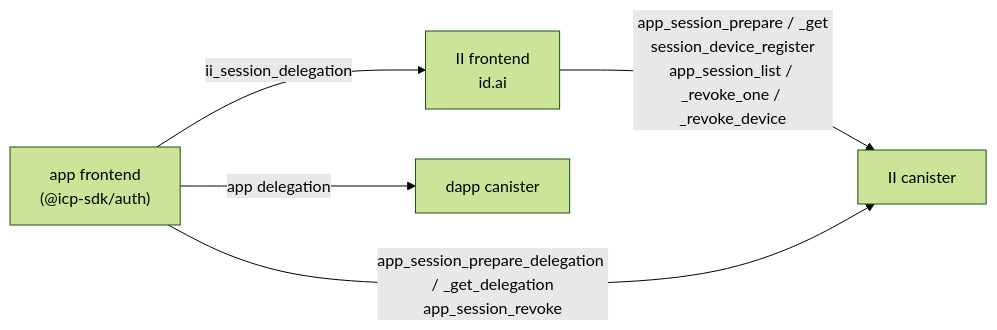
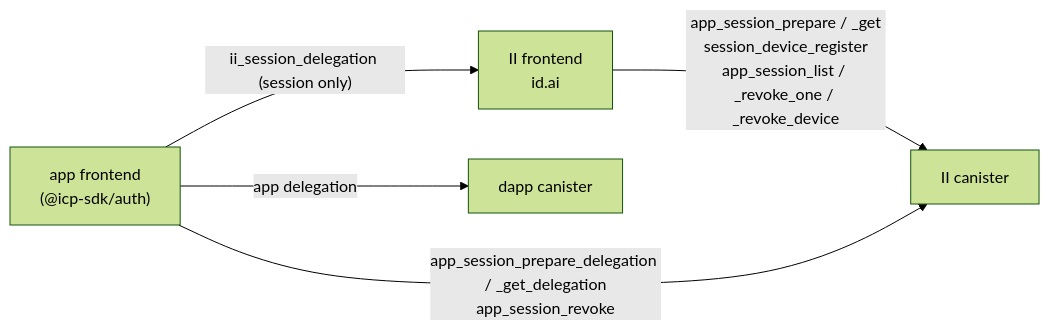
Before and after one commit to dfinity/internet-identity: the first of 7 diagrams in docs/ongoing/revocable-app-sessions.md, drawn with Mermaid (forest theme). The commit also changed other lines of this file, not shown here.

First line of the commit message:
docs: make the session RPC return only a session

````diff
--- a/docs/ongoing/revocable-app-sessions.md
+++ b/docs/ongoing/revocable-app-sessions.md
@@ -10,12 +10,12 @@
 ```mermaid
 flowchart LR
     App["app frontend<br/>(@icp-sdk/auth)"]
     IIF["II frontend<br/>id.ai"]
     IIC["II canister"]
     DC["dapp canister"]
 
-    App -->|"ii_session_delegation"| IIF
+    App -->|"ii_session_delegation (session only)"| IIF
     IIF -->|"app_session_prepare / _get<br/>session_device_register<br/>app_session_list / _revoke_one / _revoke_device"| IIC
     App -->|"app_session_prepare_delegation / _get_delegation<br/>app_session_revoke"| IIC
     App -->|"app delegation"| DC
 ```
````
